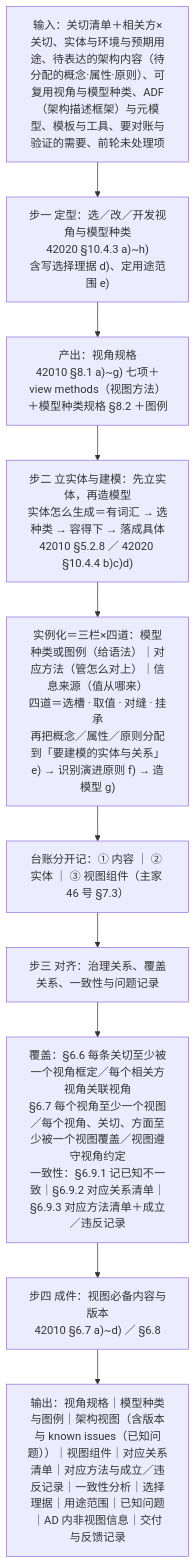
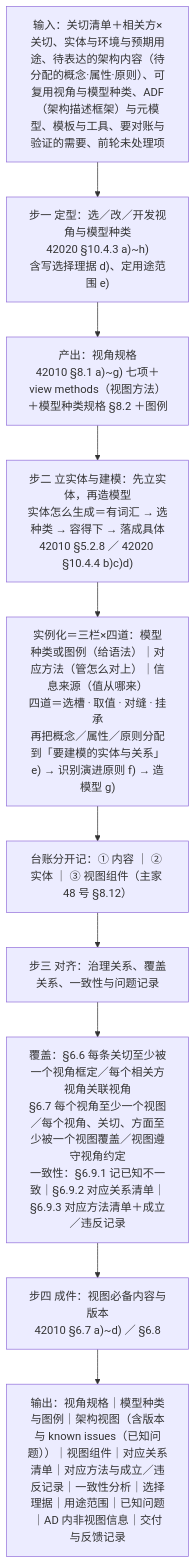
Before and after one commit to Yongjunzhou/business-Engineering: the sixth of 9 diagrams in 10-系统工程研究/00-系统工程相关研究报告/35-架构定义与视图设计研究报告-从意义目的到产品数据与四案例.md, drawn with Mermaid. The commit also changed other lines of this file and 27 other files, not shown here.

````diff
--- a/10-系统工程研究/00-系统工程相关研究报告/35-架构定义与视图设计研究报告-从意义目的到产品数据与四案例.md
+++ b/10-系统工程研究/00-系统工程相关研究报告/35-架构定义与视图设计研究报告-从意义目的到产品数据与四案例.md
@@ -871,12 +871,12 @@
 ```mermaid
 flowchart TD
     I["输入：关切清单＋相关方×关切、实体与环境与预期用途、待表达的架构内容（待分配的概念·属性·原则）、可复用视角与模型种类、ADF（架构描述框架）与元模型、模板与工具、要对账与验证的需要、前轮未处理项"] --> S1
     S1["步一 定型：选／改／开发视角与模型种类<br/>42020 §10.4.3 a)~h)<br/>含写选择理据 d)、定用途范围 e)"] --> A1["产出：视角规格<br/>42010 §8.1 a)~g) 七项＋view methods（视图方法）<br/>＋模型种类规格 §8.2 ＋图例"]
     A1 --> S2["步二 立实体与建模：先立实体，再造模型<br/>实体怎么生成＝有词汇 → 选种类 → 容得下 → 落成具体<br/>42010 §5.2.8 ／ 42020 §10.4.4 b)c)d)"]
     S2 --> A2["实例化＝三栏×四道：模型种类或图例（给语法）｜对应方法（管怎么对上）｜信息来源（值从哪来）<br/>四道＝选槽 · 取值 · 对缝 · 挂承<br/>再把概念／属性／原则分配到「要建模的实体与关系」e) → 识别演进原则 f) → 造模型 g)"]
-    A2 --> A2b["台账分开记：① 内容 ｜ ② 实体 ｜ ③ 视图组件（主家 46 号 §7.3）"]
+    A2 --> A2b["台账分开记：① 内容 ｜ ② 实体 ｜ ③ 视图组件（主家 48 号 §8.12）"]
     A2b --> S3["步三 对齐：治理关系、覆盖关系、一致性与问题记录"]
     S3 --> A3["覆盖：§6.6 每条关切至少被一个视角框定／每个相关方视角关联视角<br/>§6.7 每个视角至少一个视图／每个视角、关切、方面至少被一个视图覆盖／视图遵守视角约定<br/>一致性：§6.9.1 记已知不一致｜§6.9.2 对应关系清单｜§6.9.3 对应方法清单＋成立／违反记录"]
     A3 --> S4["步四 成件：视图必备内容与版本<br/>42010 §6.7 a)~d) ／ §6.8"]
     S4 --> O["输出：视角规格｜模型种类与图例｜架构视图（含版本与 known issues（已知问题））｜视图组件｜对应关系清单｜对应方法与成立／违反记录｜一致性分析｜选择理据｜用途范围｜已知问题｜AD 内非视图信息｜交付与反馈记录"]
 ```
````
